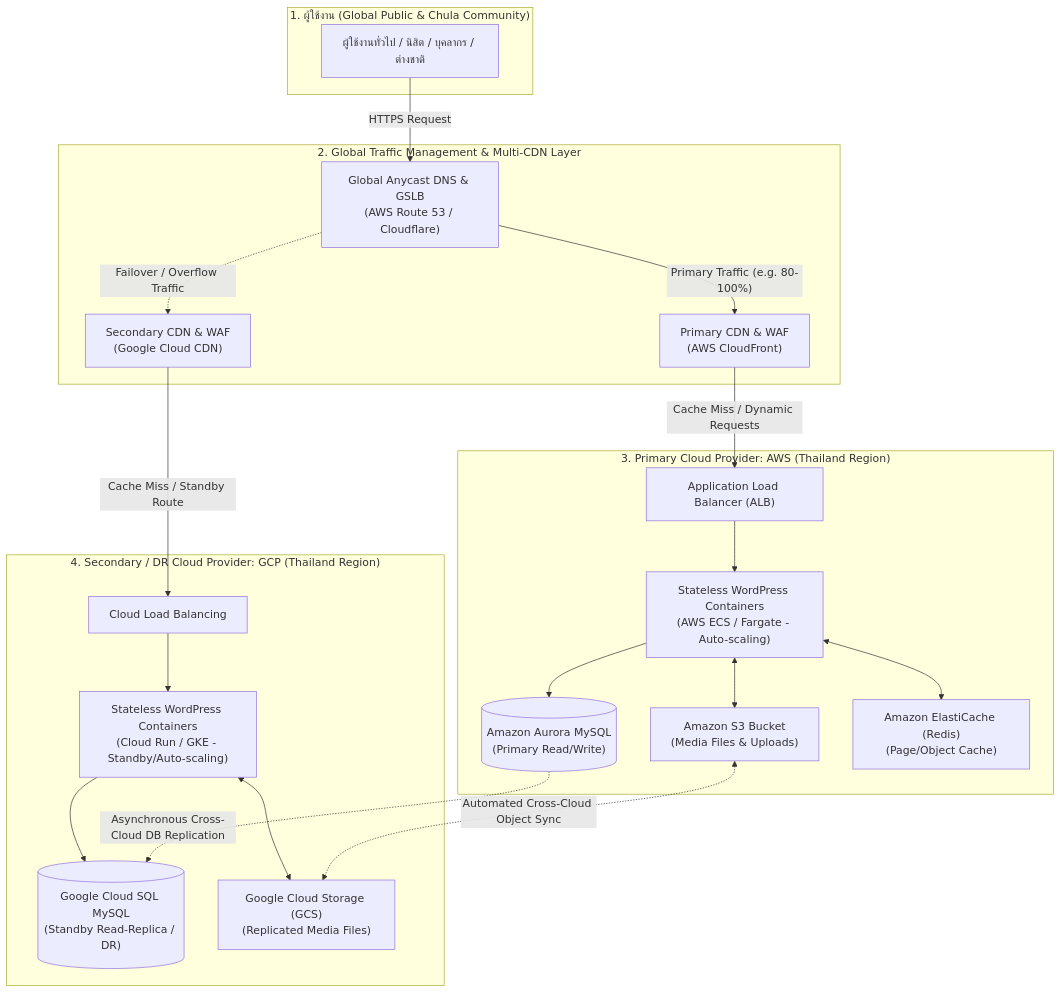
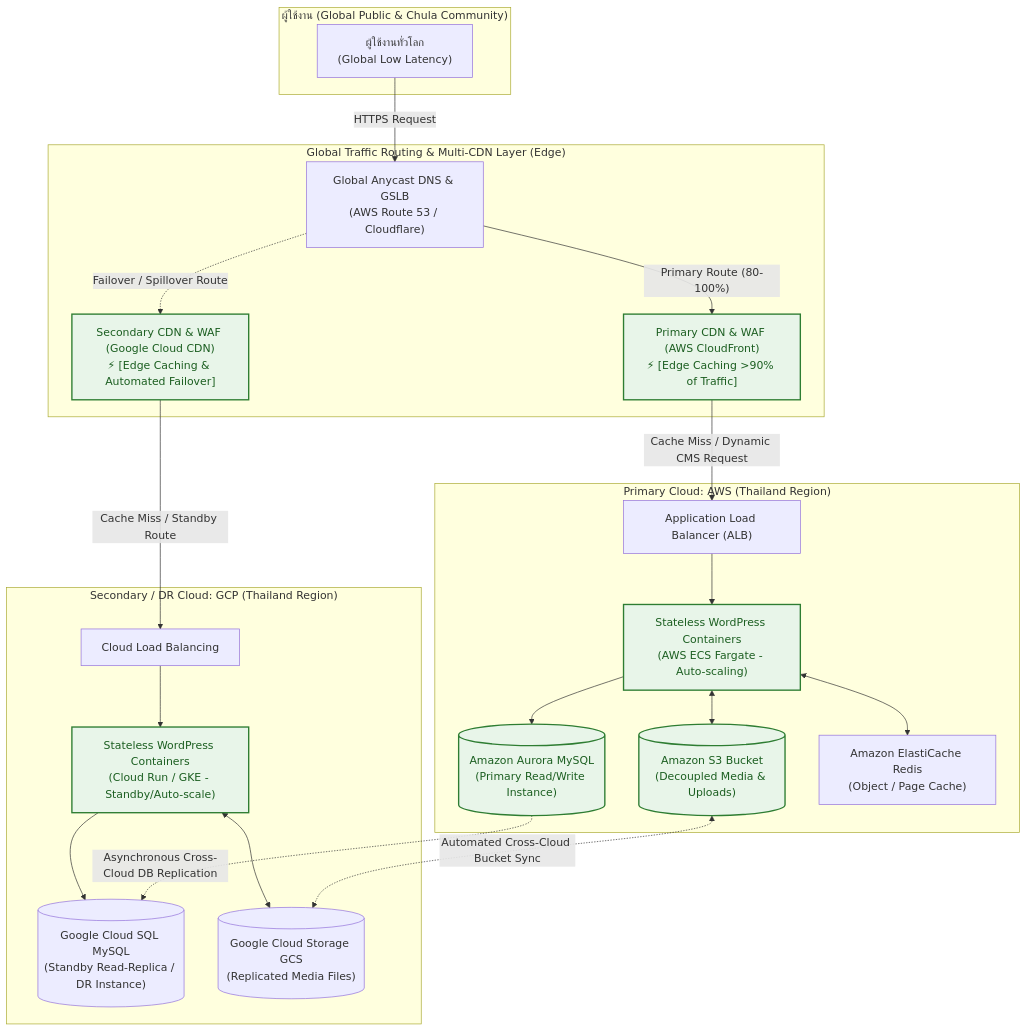
The second of 2 diagrams in act8/slide_4_5_www_chula.md (PhoengZ/software-defined-system-course), drawn with Mermaid before and after one commit. The commit also changed other lines of this file and 1 other file, not shown here.

Commit message:
docs(act8): add old vs new architecture mermaid diagrams and layer comparison

````diff
--- a/act8/slide_4_5_www_chula.md
+++ b/act8/slide_4_5_www_chula.md
@@ -9,51 +56,55 @@
 ```mermaid
 flowchart TD
-    subgraph Users_Layer ["1. ผู้ใช้งาน (Global Public & Chula Community)"]
-        User["ผู้ใช้งานทั่วไป / นิสิต / บุคลากร / ต่างชาติ"]
+    subgraph Users_New ["ผู้ใช้งาน (Global Public & Chula Community)"]
+        User_New["ผู้ใช้งานทั่วโลก\n(Global Low Latency)"]
     end
 
-    subgraph Edge_Routing ["2. Global Traffic Management & Multi-CDN Layer"]
+    subgraph Edge_Routing ["Global Traffic Routing & Multi-CDN Layer (Edge)"]
         DNS["Global Anycast DNS & GSLB\n(AWS Route 53 / Cloudflare)"]
-        WAF_CDN_A["Primary CDN & WAF\n(AWS CloudFront)"]
-        WAF_CDN_B["Secondary CDN & WAF\n(Google Cloud CDN)"]
+        CDN_AWS["Primary CDN & WAF (AWS CloudFront)\n⚡ [Edge Caching >90% of Traffic]"]
+        CDN_GCP["Secondary CDN & WAF (Google Cloud CDN)\n⚡ [Edge Caching & Automated Failover]"]
     end
 
-    subgraph AWS_Cloud ["3. Primary Cloud Provider: AWS (Thailand Region)"]
+    subgraph AWS_Cloud ["Primary Cloud: AWS (Thailand Region)"]
         ALB_AWS["Application Load Balancer (ALB)"]
-        ECS_AWS["Stateless WordPress Containers\n(AWS ECS / Fargate - Auto-scaling)"]
-        Aurora_DB[("Amazon Aurora MySQL\n(Primary Read/Write)")]
-        S3_AWS["Amazon S3 Bucket\n(Media Files & Uploads)"]
-        Redis_AWS["Amazon ElastiCache (Redis)\n(Page/Object Cache)"]
+        ECS_AWS["Stateless WordPress Containers\n(AWS ECS Fargate - Auto-scaling)"]
+        Aurora_DB[("Amazon Aurora MySQL\n(Primary Read/Write Instance)")]
+        S3_AWS[("Amazon S3 Bucket\n(Decoupled Media & Uploads)")]
+        Redis_AWS["Amazon ElastiCache Redis\n(Object / Page Cache)"]
     end
 
-    subgraph GCP_Cloud ["4. Secondary / DR Cloud Provider: GCP (Thailand Region)"]
+    subgraph GCP_Cloud ["Secondary / DR Cloud: GCP (Thailand Region)"]
         ALB_GCP["Cloud Load Balancing"]
-        GKE_GCP["Stateless WordPress Containers\n(Cloud Run / GKE - Standby/Auto-scaling)"]
-        CloudSQL_DB[("Google Cloud SQL MySQL\n(Standby Read-Replica / DR)")]
-        GCS_GCP["Google Cloud Storage (GCS)\n(Replicated Media Files)"]
+        GKE_GCP["Stateless WordPress Containers\n(Cloud Run / GKE - Standby/Auto-scale)"]
+        CloudSQL_DB[("Google Cloud SQL MySQL\n(Standby Read-Replica / DR Instance)")]
+        GCS_GCP[("Google Cloud Storage GCS\n(Replicated Media Files)")]
     end
 
     %% User Flow
-    User -->|"HTTPS Request"| DNS
-    DNS -->|"Primary Traffic (e.g. 80-100%)"| WAF_CDN_A
-    DNS -.->|"Failover / Overflow Traffic"| WAF_CDN_B
+    User_New -->|"HTTPS Request"| DNS
+    DNS -->|"Primary Route (80-100%)"| CDN_AWS
+    DNS -.->|"Failover / Spillover Route"| CDN_GCP
 
-    %% CDN to Compute
-    WAF_CDN_A -->|"Cache Miss / Dynamic Requests"| ALB_AWS
-    WAF_CDN_B -->|"Cache Miss / Standby Route"| ALB_GCP
+    %% CDN to Compute (Cache Miss Only)
+    CDN_AWS -->|"Cache Miss / Dynamic CMS Request"| ALB_AWS
+    CDN_GCP -->|"Cache Miss / Standby Route"| ALB_GCP
 
-    %% AWS Internal
+    %% AWS Internal Flow
     ALB_AWS --> ECS_AWS
     ECS_AWS <--> Redis_AWS
     ECS_AWS --> Aurora_DB
     ECS_AWS <--> S3_AWS
 
-    %% GCP Internal
+    %% GCP Internal Flow
     ALB_GCP --> GKE_GCP
     GKE_GCP --> CloudSQL_DB
     GKE_GCP <--> GCS_GCP
 
     %% Cross-Cloud Data Synchronization
     Aurora_DB -.->|"Asynchronous Cross-Cloud DB Replication"| CloudSQL_DB
-    S3_AWS <-.->|"Automated Cross-Cloud Object Sync"| GCS_GCP
+    S3_AWS <-.->|"Automated Cross-Cloud Bucket Sync"| GCS_GCP
+
+    %% Styling Highlights
+    classDef highlight fill:#e8f5e9,stroke:#2e7d32,stroke-width:2px,color:#1b5e20;
+    class CDN_AWS,CDN_GCP,ECS_AWS,GKE_GCP,Aurora_DB,S3_AWS highlight;
 ```
````
